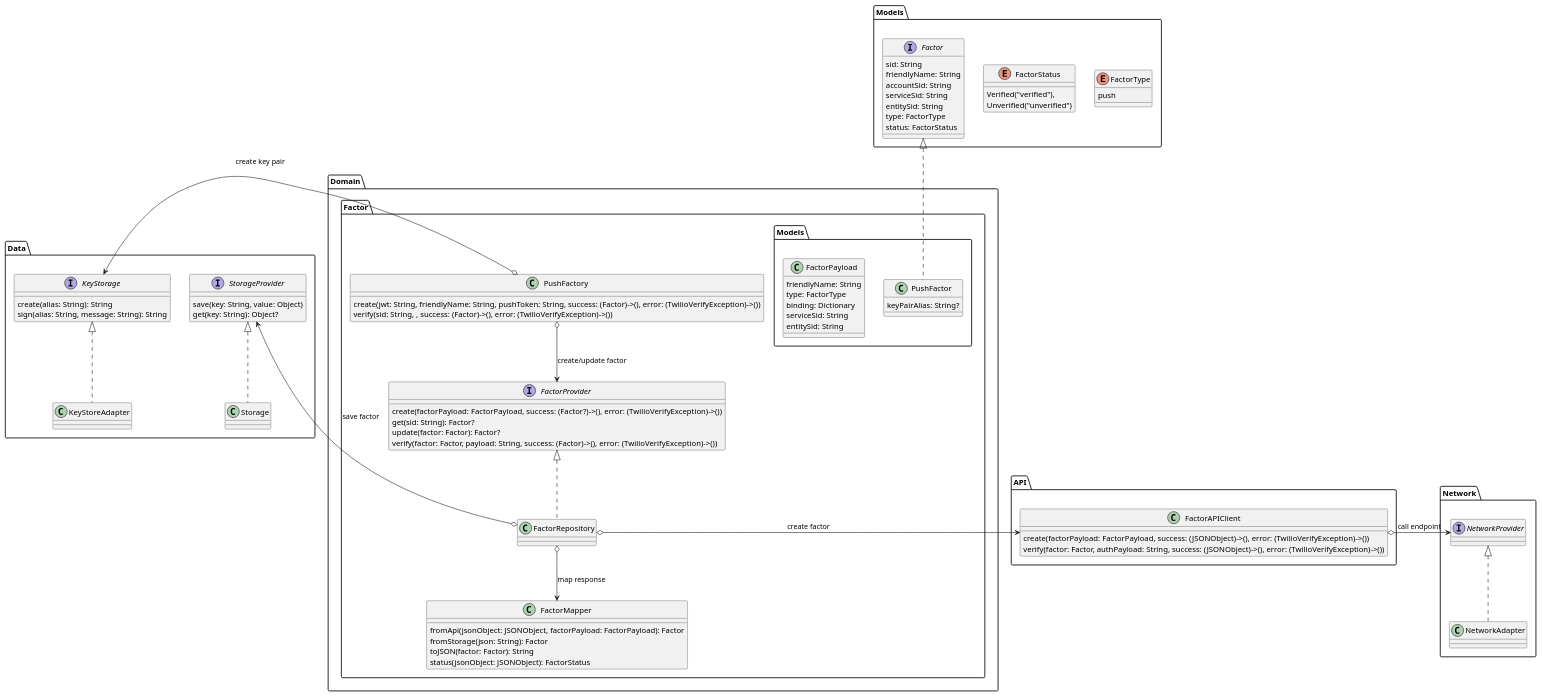
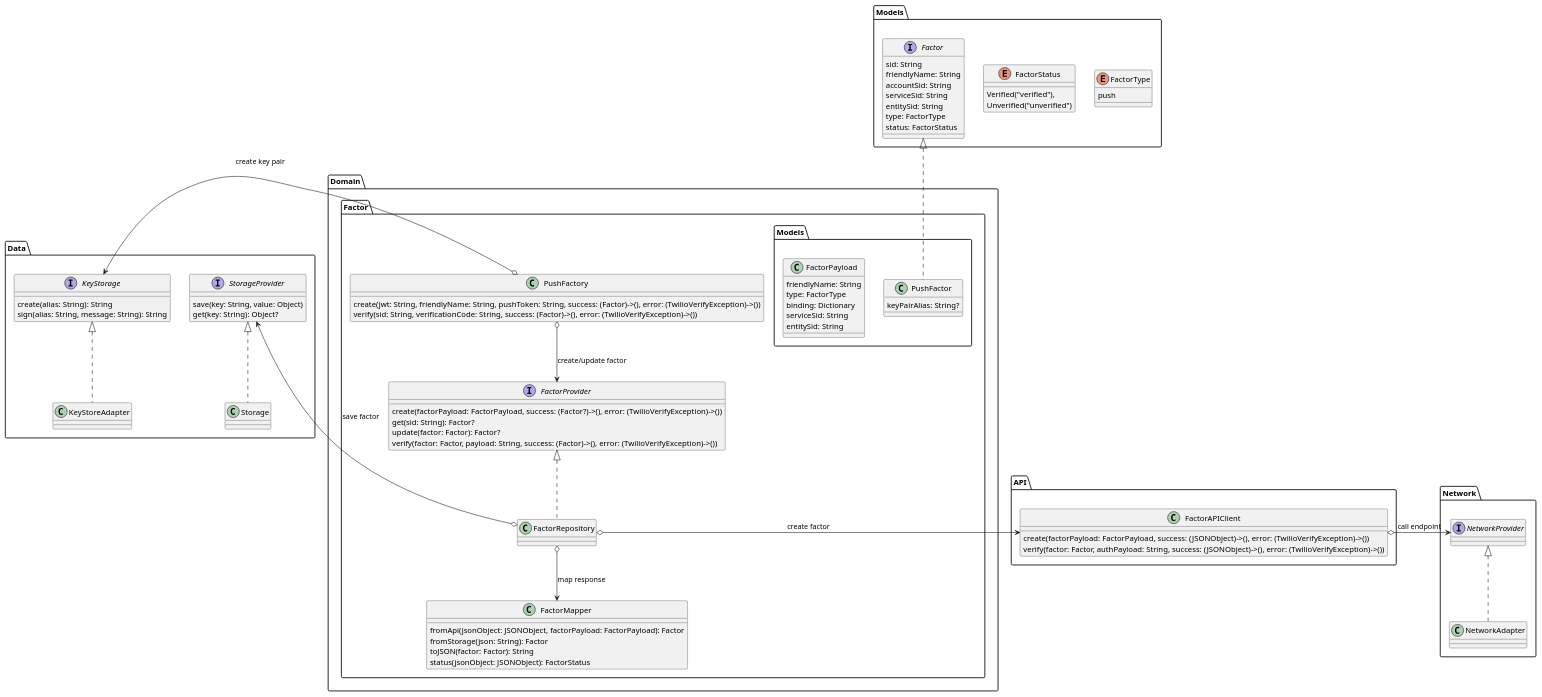
Before and after one commit to twilio/twilio-verify-android: the diagram in diagrams/CreatePushFactor/CreatePushFactor.wsd, drawn with PlantUML. The commit also changed 5 other files, not shown here.

Commit message:
ACCSEC-16748 Update diagrams (#36)

```diff
--- a/diagrams/CreatePushFactor/CreatePushFactor.wsd
+++ b/diagrams/CreatePushFactor/CreatePushFactor.wsd
@@ -1,74 +1,74 @@
 @startuml Create push factor
 enum Models.FactorType {
     push
 }
 enum Models.FactorStatus {
     Verified("verified"),
     Unverified("unverified")
 }
 interface Models.Factor {
     sid: String
     friendlyName: String
     accountSid: String
     serviceSid: String
     entitySid: String
     type: FactorType
     status: FactorStatus
 }
 class Domain.Factor.Models.PushFactor implements Models.Factor {
     keyPairAlias: String?
 }
 class Domain.Factor.Models.FactorPayload {
     friendlyName: String
     type: FactorType
     binding: Dictionary
     serviceSid: String
     entitySid: String
 }
 class Domain.Factor.FactorMapper {
     fromApi(jsonObject: JSONObject, factorPayload: FactorPayload): Factor
     fromStorage(json: String): Factor
     toJSON(factor: Factor): String
     status(jsonObject: JSONObject): FactorStatus
 }
 class API.FactorAPIClient {
     create(factorPayload: FactorPayload, success: (JSONObject)->(), error: (TwilioVerifyException)->())
     verify(factor: Factor, authPayload: String, success: (JSONObject)->(), error: (TwilioVerifyException)->())
 }
 class Network.NetworkAdapter implements Network.NetworkProvider {
 
 }
 interface Data.StorageProvider {
     save(key: String, value: Object)
     get(key: String): Object?
 }
 class Data.Storage implements Data.StorageProvider {
 
 }
 interface Data.KeyStorage {
     create(alias: String): String
     sign(alias: String, message: String): String
 }
 class Data.KeyStoreAdapter implements Data.KeyStorage {
 
 }
 interface Domain.Factor.FactorProvider {
     create(factorPayload: FactorPayload, success: (Factor?)->(), error: (TwilioVerifyException)->())
     get(sid: String): Factor?
     update(factor: Factor): Factor?
     verify(factor: Factor, payload: String, success: (Factor)->(), error: (TwilioVerifyException)->())
 }
 class Domain.Factor.FactorRepository implements Domain.Factor.FactorProvider {
 
 }
 class Domain.Factor.PushFactory {
     create(jwt: String, friendlyName: String, pushToken: String, success: (Factor)->(), error: (TwilioVerifyException)->())
-    verify(sid: String, , success: (Factor)->(), error: (TwilioVerifyException)->())
+    verify(sid: String, verificationCode: String, success: (Factor)->(), error: (TwilioVerifyException)->())
 }
 Domain.Factor.PushFactory o-left-> Data.KeyStorage: create key pair
 Domain.Factor.PushFactory o--> Domain.Factor.FactorProvider: create/update factor
 Domain.Factor.FactorRepository o-left-> Data.StorageProvider: save factor
 Domain.Factor.FactorRepository o-right-> API.FactorAPIClient: create factor
 Domain.Factor.FactorRepository o--> Domain.Factor.FactorMapper: map response
 API.FactorAPIClient o-right-> Network.NetworkProvider: call endpoint
 @enduml
```
